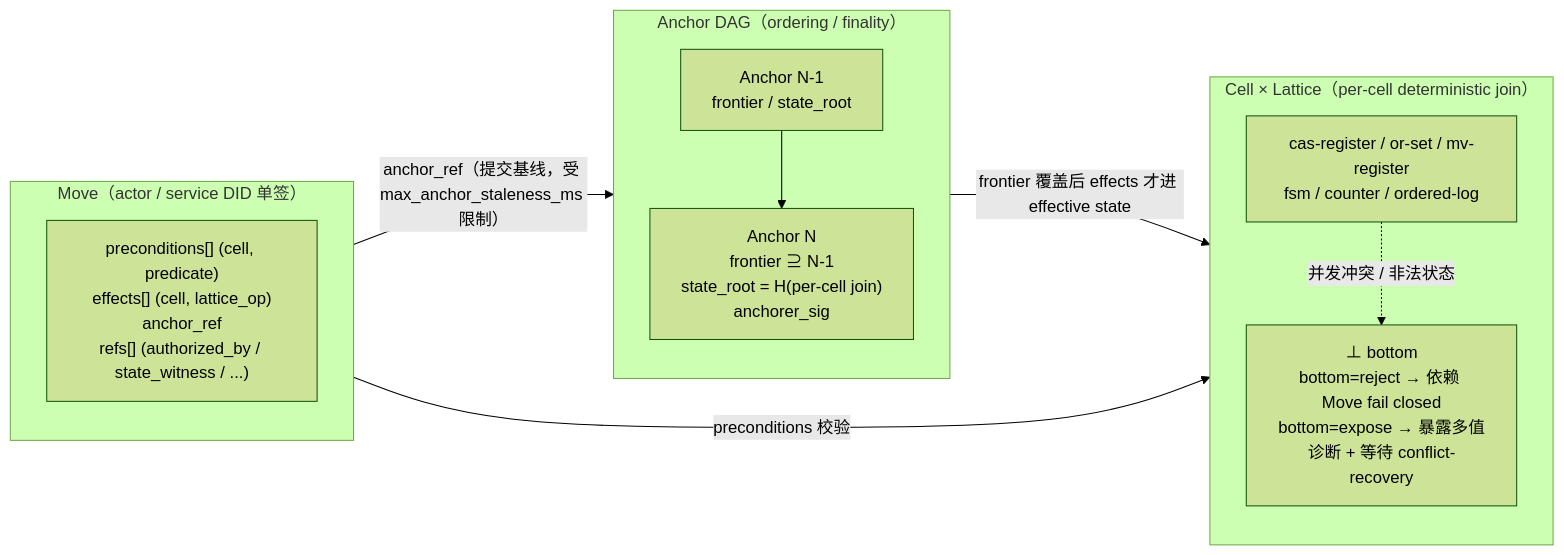
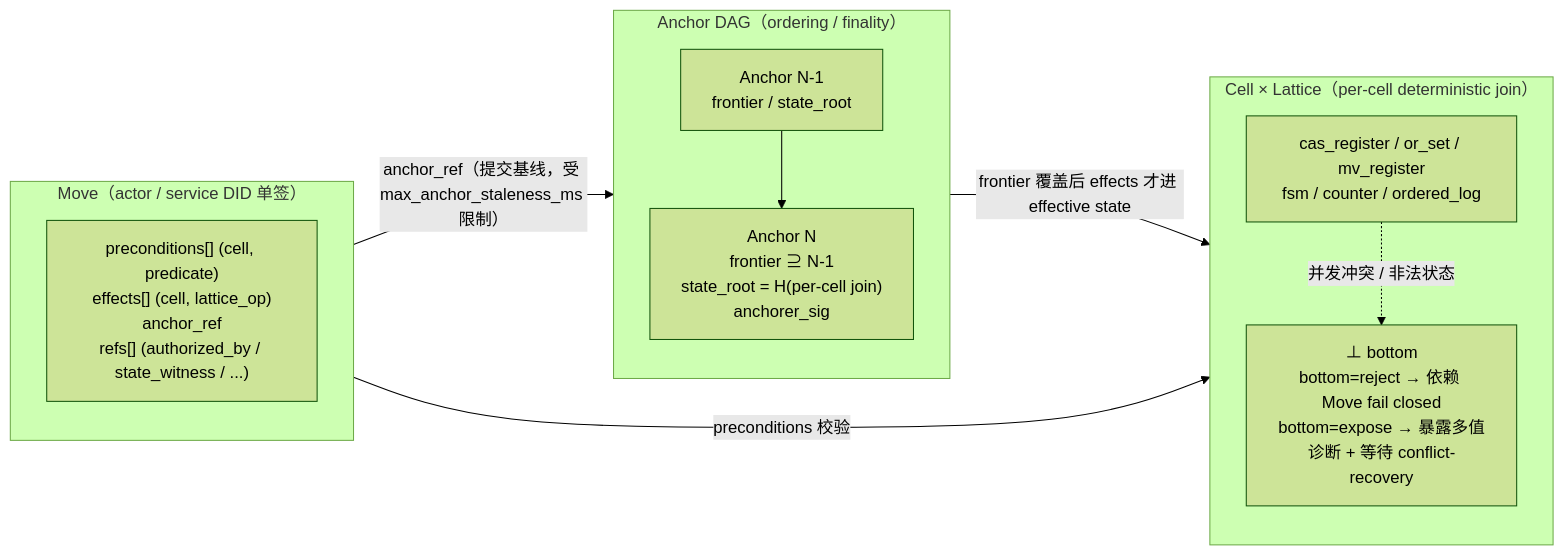
The diagram in spec/v1/zh/authz/event-auth-state-resolution.md (arkret-org/arkret-spec), drawn with Mermaid (forest theme) before and after one commit. The commit also changed other lines of this file and 100 other files, not shown here.

````diff
--- a/spec/v1/zh/authz/event-auth-state-resolution.md
+++ b/spec/v1/zh/authz/event-auth-state-resolution.md
@@ -37,25 +37,25 @@
 ```mermaid
 flowchart LR
     subgraph M ["Move（actor / service DID 单签）"]
         direction TB
         Mbox["preconditions[] (cell, predicate)<br/>effects[] (cell, lattice_op)<br/>anchor_ref<br/>refs[] (authorized_by / state_witness / ...)"]
     end
 
     subgraph A ["Anchor DAG（ordering / finality）"]
         direction TB
         A1["Anchor N-1<br/>frontier / state_root"]
         A2["Anchor N<br/>frontier ⊇ N-1<br/>state_root = H(per-cell join)<br/>anchorer_sig"]
         A1 --> A2
     end
 
     subgraph L ["Cell × Lattice（per-cell deterministic join）"]
         direction TB
-        Cells["cas-register / or-set / mv-register<br/>fsm / counter / ordered-log"]
+        Cells["cas_register / or_set / mv_register<br/>fsm / counter / ordered_log"]
         Bot["⊥ bottom<br/>bottom=reject → 依赖 Move fail closed<br/>bottom=expose → 暴露多值诊断 + 等待 conflict-recovery"]
         Cells -. "并发冲突 / 非法状态" .-> Bot
     end
 
     Mbox -- "anchor_ref（提交基线，受 max_anchor_staleness_ms 限制）" --> A
     Mbox -- "preconditions 校验" --> Cells
     A -- "frontier 覆盖后 effects 才进 effective state" --> Cells
 ```
````
